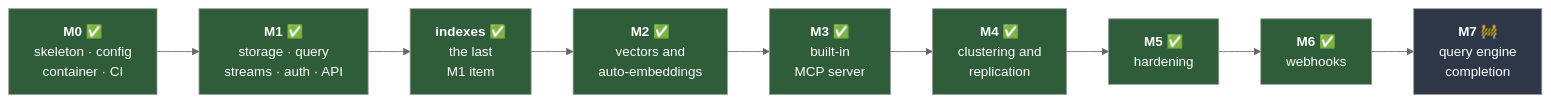
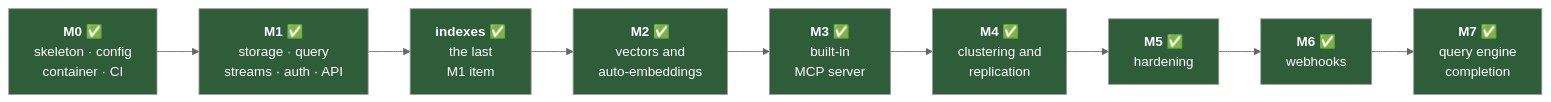
One commit to titusai-io/kimmydb changed the first of 4 diagrams in docs/roadmap.md. Above: the diagram before and after it, drawn with Mermaid (neutral theme). The commit also changed other lines of this file and 5 other files, not shown here.

````diff
--- a/docs/roadmap.md
+++ b/docs/roadmap.md
@@ -12,24 +12,24 @@
 ```mermaid
 graph LR
     M0["<b>M0</b> ✅<br/>skeleton · config<br/>container · CI"]
     M1["<b>M1</b> ✅<br/>storage · query<br/>streams · auth · API"]
     IDX["<b>indexes</b> ✅<br/>the last<br/>M1 item"]
     M2["<b>M2</b> ✅<br/>vectors and<br/>auto-embeddings"]
     M3["<b>M3</b> ✅<br/>built-in<br/>MCP server"]
     M4["<b>M4</b> ✅<br/>clustering and<br/>replication"]
     M5["<b>M5</b> ✅<br/>hardening"]
     M6["<b>M6</b> ✅<br/>webhooks"]
-    M7["<b>M7</b> 🚧<br/>query engine<br/>completion"]
+    M7["<b>M7</b> ✅<br/>query engine<br/>completion"]
 
     M0 --> M1 --> IDX --> M2 --> M3 --> M4 --> M5 --> M6 --> M7
 
     style M0 fill:#2f5d3a,color:#fff
     style M1 fill:#2f5d3a,color:#fff
     style IDX fill:#2f5d3a,color:#fff
     style M2 fill:#2f5d3a,color:#fff
     style M3 fill:#2f5d3a,color:#fff
     style M4 fill:#2f5d3a,color:#fff
     style M5 fill:#2f5d3a,color:#fff
     style M6 fill:#2f5d3a,color:#fff
-    style M7 fill:#2d3748,color:#fff
+    style M7 fill:#2f5d3a,color:#fff
 ```
````
